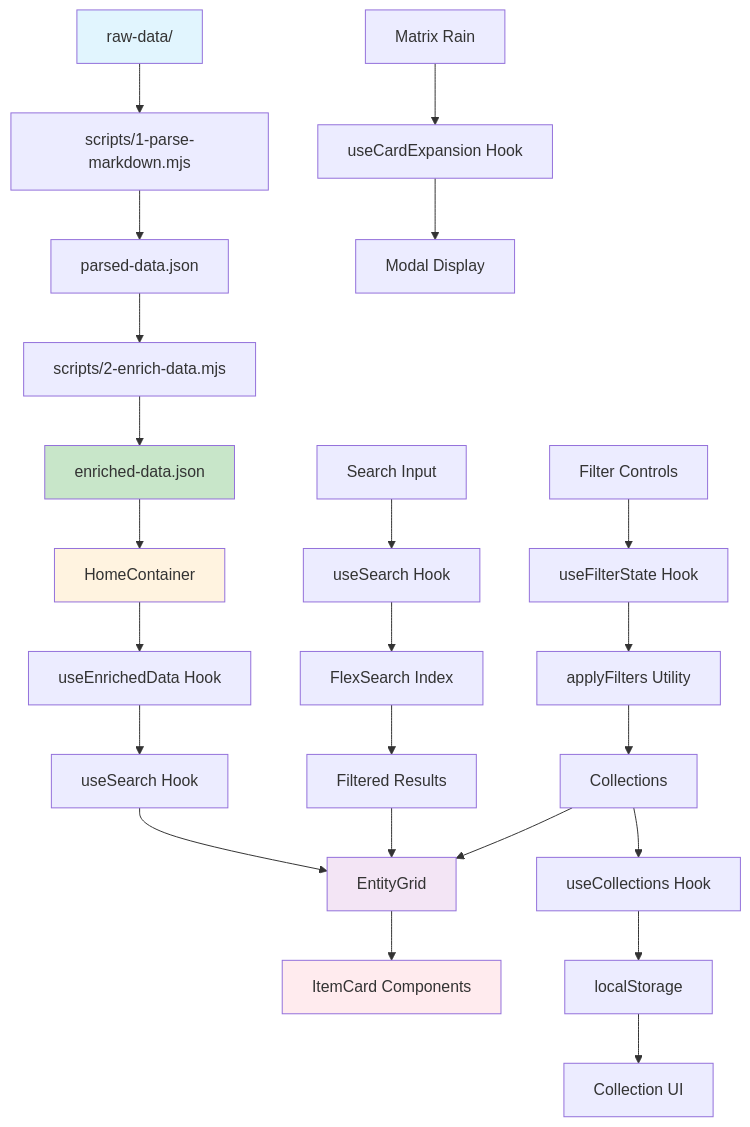
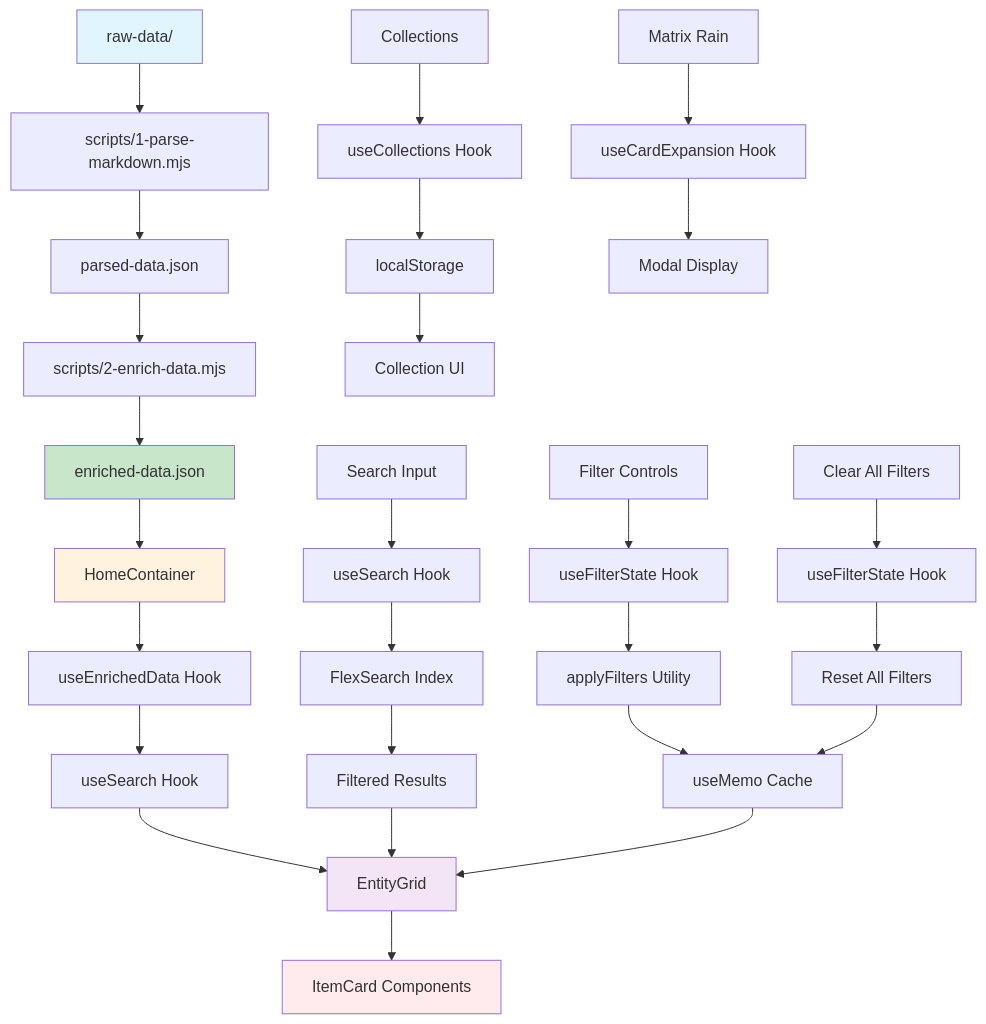
One commit to AustroMelee/Austros-ATLA-World changed the first of 15 diagrams in docs/data flow.md. Above: the diagram before and after it, drawn with Mermaid. The commit also changed other lines of this file and 32 other files, not shown here.

````diff
--- a/docs/data flow.md
+++ b/docs/data flow.md
@@ -9,35 +9,39 @@
 ```mermaid
 graph TD
     A[raw-data/] --> B[scripts/1-parse-markdown.mjs]
     B --> C[parsed-data.json]
     C --> D[scripts/2-enrich-data.mjs]
     D --> E[enriched-data.json]
     E --> F[HomeContainer]
     F --> G[useEnrichedData Hook]
     G --> H[useSearch Hook]
     H --> I[EntityGrid]
     I --> J[ItemCard Components]
     
     K[Search Input] --> L[useSearch Hook]
     L --> M[FlexSearch Index]
     M --> N[Filtered Results]
     N --> I
     
     O[Filter Controls] --> P[useFilterState Hook]
     P --> Q[applyFilters Utility]
     Q --> R[useMemo Cache]
     R --> I
     
-    R[Collections] --> S[useCollections Hook]
-    S --> T[localStorage]
-    T --> U[Collection UI]
+    S[Clear All Filters] --> T[useFilterState Hook]
+    T --> U[Reset All Filters]
+    U --> R
     
-    V[Matrix Rain] --> W[useCardExpansion Hook]
-    W --> X[Modal Display]
+    V[Collections] --> W[useCollections Hook]
+    W --> X[localStorage]
+    X --> Y[Collection UI]
+    
+    Z[Matrix Rain] --> AA[useCardExpansion Hook]
+    AA --> BB[Modal Display]
     
     style A fill:#e1f5fe
     style E fill:#c8e6c9
     style F fill:#fff3e0
     style I fill:#f3e5f5
     style J fill:#ffebee
 ```
````
